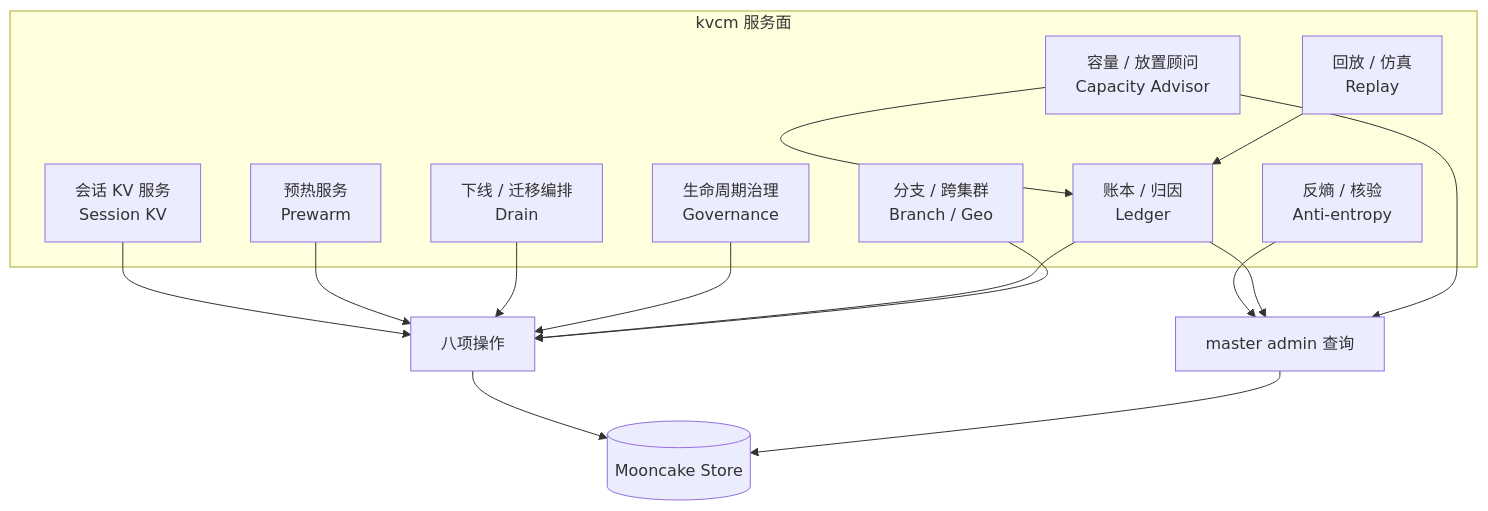
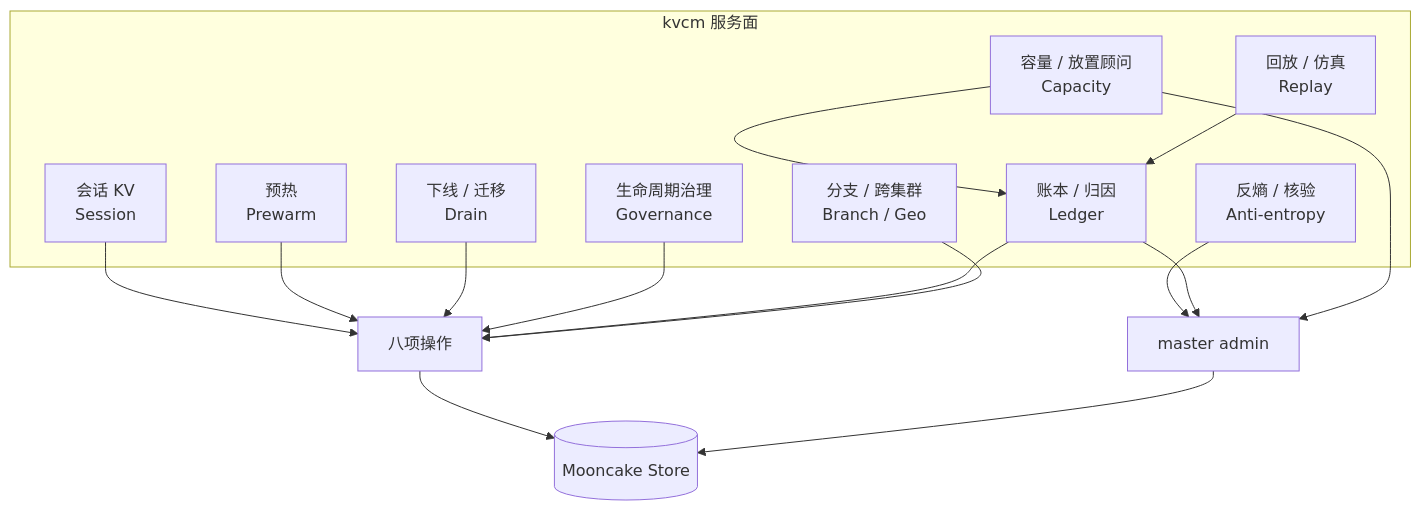
The first of 9 diagrams in kvcm/design/D9-kv-services.md (5x8-40/lake), drawn with Mermaid before and after one commit. The commit also changed other lines of this file and 5 other files, not shown here.

````diff
--- a/kvcm/design/D9-kv-services.md
+++ b/kvcm/design/D9-kv-services.md
@@ -32,29 +24,29 @@
 ```mermaid
 flowchart TB
     subgraph S["kvcm 服务面"]
-        SES["会话 KV 服务<br/>Session KV"]
-        PRE["预热服务<br/>Prewarm"]
+        SES["会话 KV<br/>Session"]
+        PRE["预热<br/>Prewarm"]
         VER["反熵 / 核验<br/>Anti-entropy"]
         LED["账本 / 归因<br/>Ledger"]
-        CAP["容量 / 放置顾问<br/>Capacity Advisor"]
-        DRA["下线 / 迁移编排<br/>Drain"]
+        CAP["容量 / 放置顾问<br/>Capacity"]
+        DRA["下线 / 迁移<br/>Drain"]
         GOV["生命周期治理<br/>Governance"]
         SIM["回放 / 仿真<br/>Replay"]
         EXT["分支 / 跨集群<br/>Branch / Geo"]
     end
 
     SES --> OPS["八项操作"]
     PRE --> OPS
     DRA --> OPS
     GOV --> OPS
-    VER --> ADM["master admin 查询"]
+    VER --> ADM["master admin"]
     LED --> OPS
     LED --> ADM
     CAP --> LED
     CAP --> ADM
     SIM --> LED
     EXT --> OPS
 
     OPS --> M[("Mooncake Store")]
     ADM --> M
 ```
````
